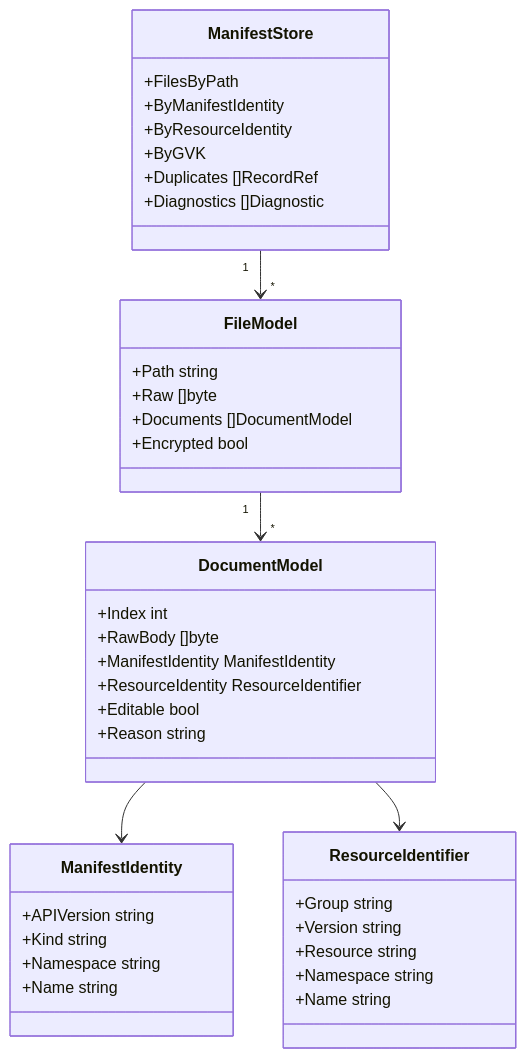
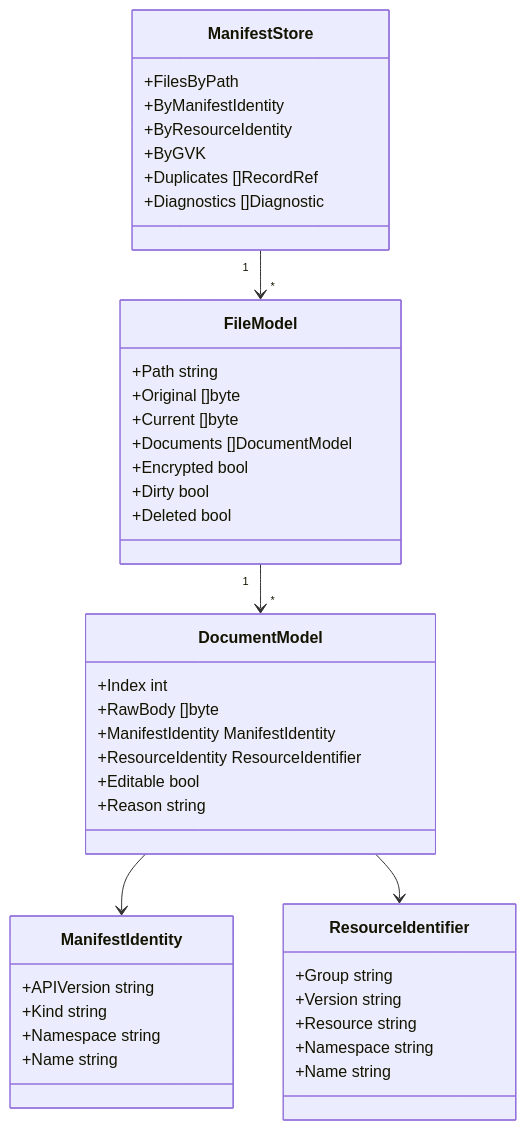
The second of 2 diagrams in docs/design/manifest/current-manifest-support-review.md (ConfigButler/gitops-reverser), drawn with Mermaid before and after one commit. The commit also changed other lines of this file and 1 other file, not shown here.

````diff
--- a/docs/design/manifest/current-manifest-support-review.md
+++ b/docs/design/manifest/current-manifest-support-review.md
@@ -186,47 +208,50 @@
 ```mermaid
 classDiagram
     class ManifestStore {
         +FilesByPath
         +ByManifestIdentity
         +ByResourceIdentity
         +ByGVK
         +Duplicates []RecordRef
         +Diagnostics []Diagnostic
     }
 
     class FileModel {
         +Path string
-        +Raw []byte
+        +Original []byte
+        +Current []byte
         +Documents []DocumentModel
         +Encrypted bool
+        +Dirty bool
+        +Deleted bool
     }
 
     class DocumentModel {
         +Index int
         +RawBody []byte
         +ManifestIdentity ManifestIdentity
         +ResourceIdentity ResourceIdentifier
         +Editable bool
         +Reason string
     }
 
     class ManifestIdentity {
         +APIVersion string
         +Kind string
         +Namespace string
         +Name string
     }
 
     class ResourceIdentifier {
         +Group string
         +Version string
         +Resource string
         +Namespace string
         +Name string
     }
 
     ManifestStore "1" --> "*" FileModel
     FileModel "1" --> "*" DocumentModel
     DocumentModel --> ManifestIdentity
     DocumentModel --> ResourceIdentifier
 ```
````
